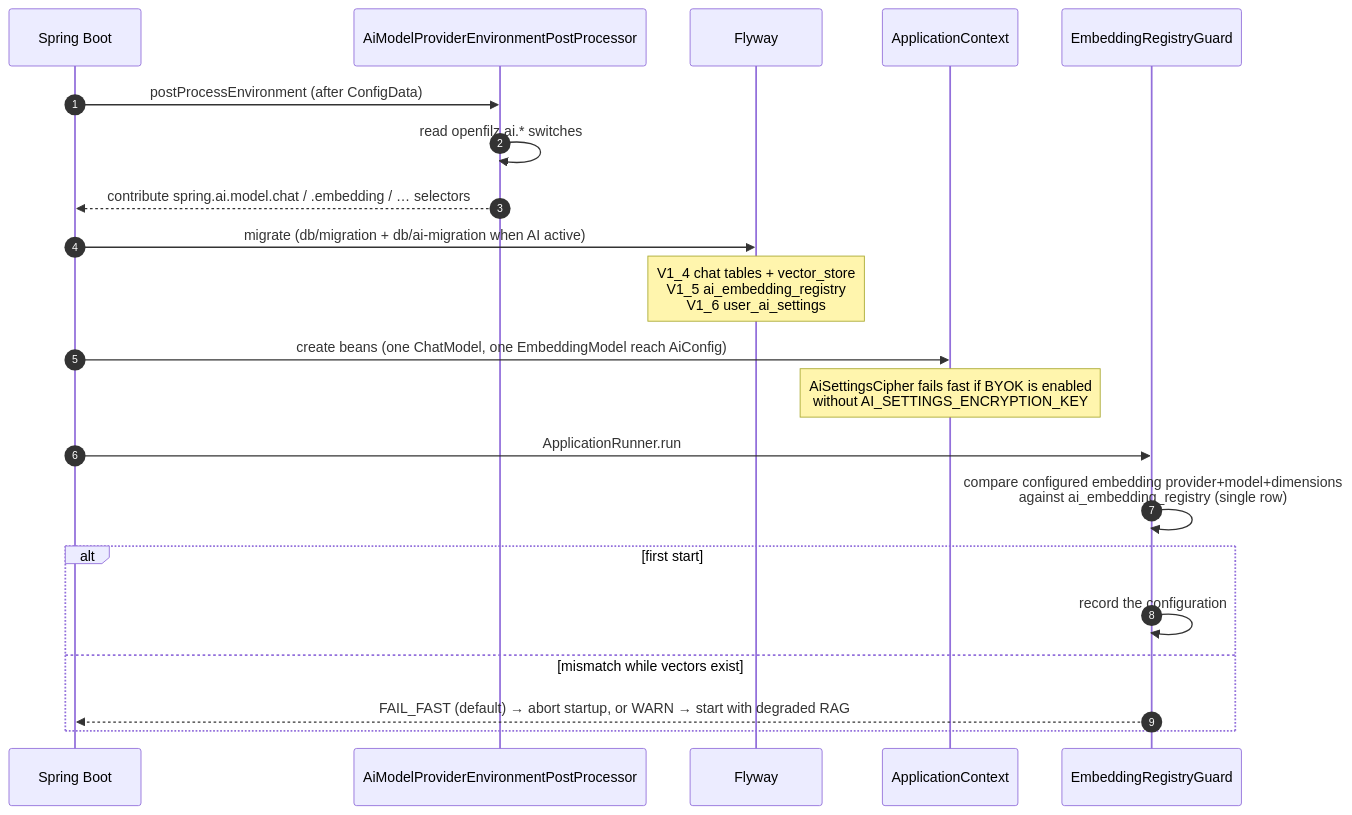
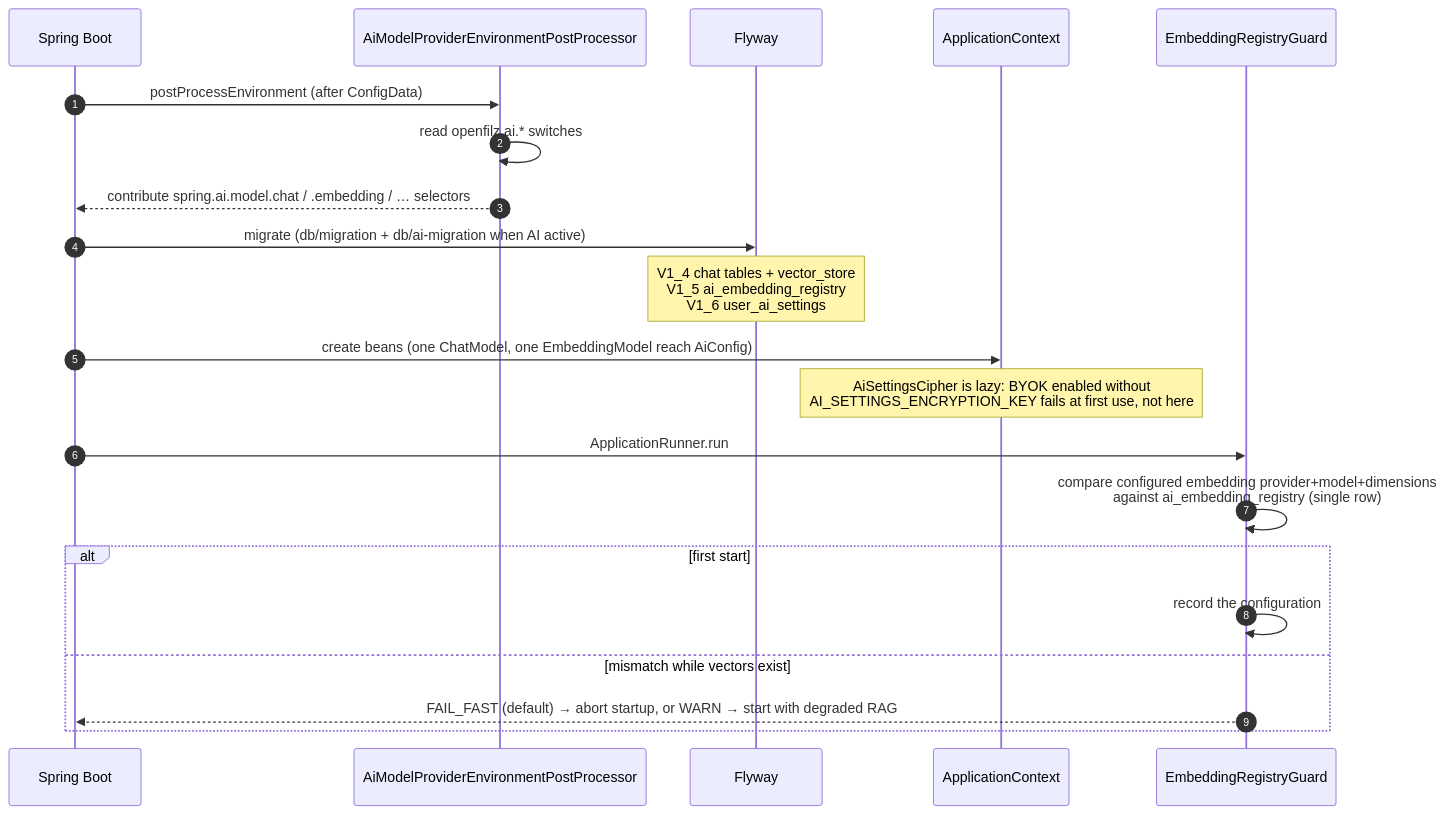
Before and after one commit to openfilz/openfilz-core: the second of 5 diagrams in docs/ai.md, drawn with Mermaid. The commit also changed other lines of this file and 2 other files, not shown here.

First line of the commit message:
docs(ai): a missing or malformed AI settings key does not stop the start-up

````diff
--- a/docs/ai.md
+++ b/docs/ai.md
@@ -189,24 +189,24 @@
 ```mermaid
 sequenceDiagram
     autonumber
     participant Boot as Spring Boot
     participant EPP as AiModelProviderEnvironmentPostProcessor
     participant FW as Flyway
     participant CTX as ApplicationContext
     participant Guard as EmbeddingRegistryGuard
 
     Boot->>EPP: postProcessEnvironment (after ConfigData)
     EPP->>EPP: read openfilz.ai.* switches
     EPP-->>Boot: contribute spring.ai.model.chat / .embedding / … selectors
     Boot->>FW: migrate (db/migration + db/ai-migration when AI active)
     Note over FW: V1_4 chat tables + vector_store<br/>V1_5 ai_embedding_registry<br/>V1_6 user_ai_settings
     Boot->>CTX: create beans (one ChatModel, one EmbeddingModel reach AiConfig)
-    Note over CTX: AiSettingsCipher fails fast if BYOK is enabled<br/>without AI_SETTINGS_ENCRYPTION_KEY
+    Note over CTX: AiSettingsCipher is lazy: BYOK enabled without<br/>AI_SETTINGS_ENCRYPTION_KEY fails at first use, not here
     Boot->>Guard: ApplicationRunner.run
     Guard->>Guard: compare configured embedding provider+model+dimensions<br/>against ai_embedding_registry (single row)
     alt first start
         Guard->>Guard: record the configuration
     else mismatch while vectors exist
         Guard-->>Boot: FAIL_FAST (default) → abort startup, or WARN → start with degraded RAG
     end
 ```
````
